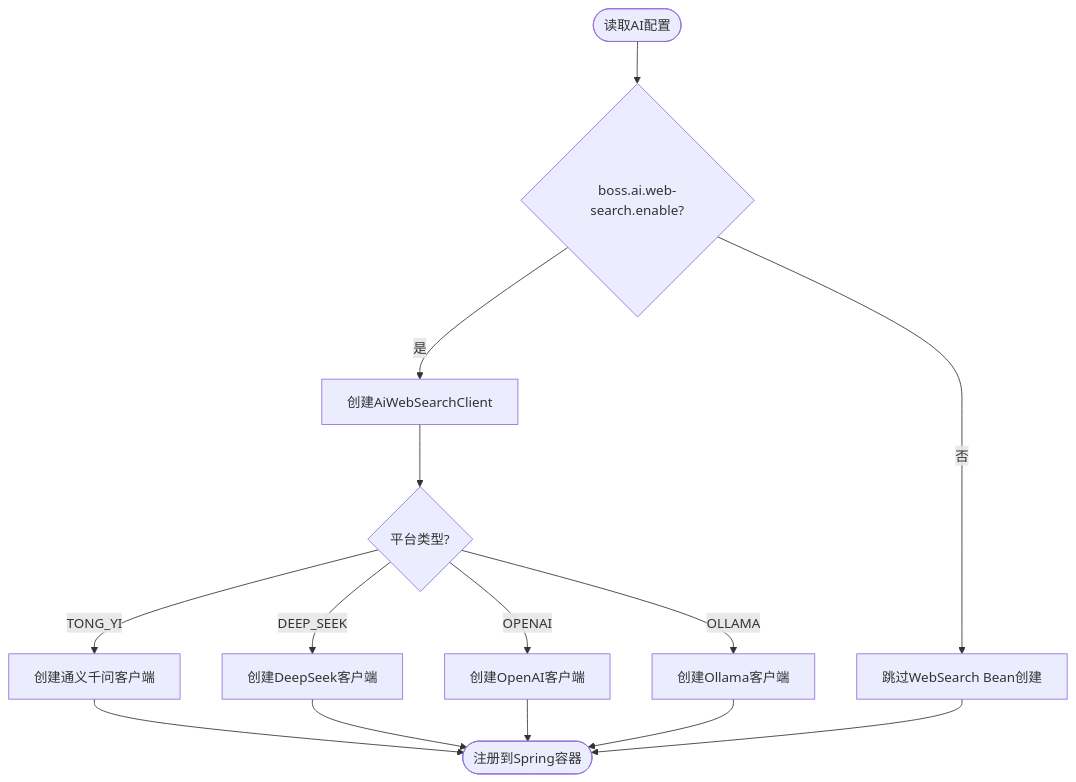
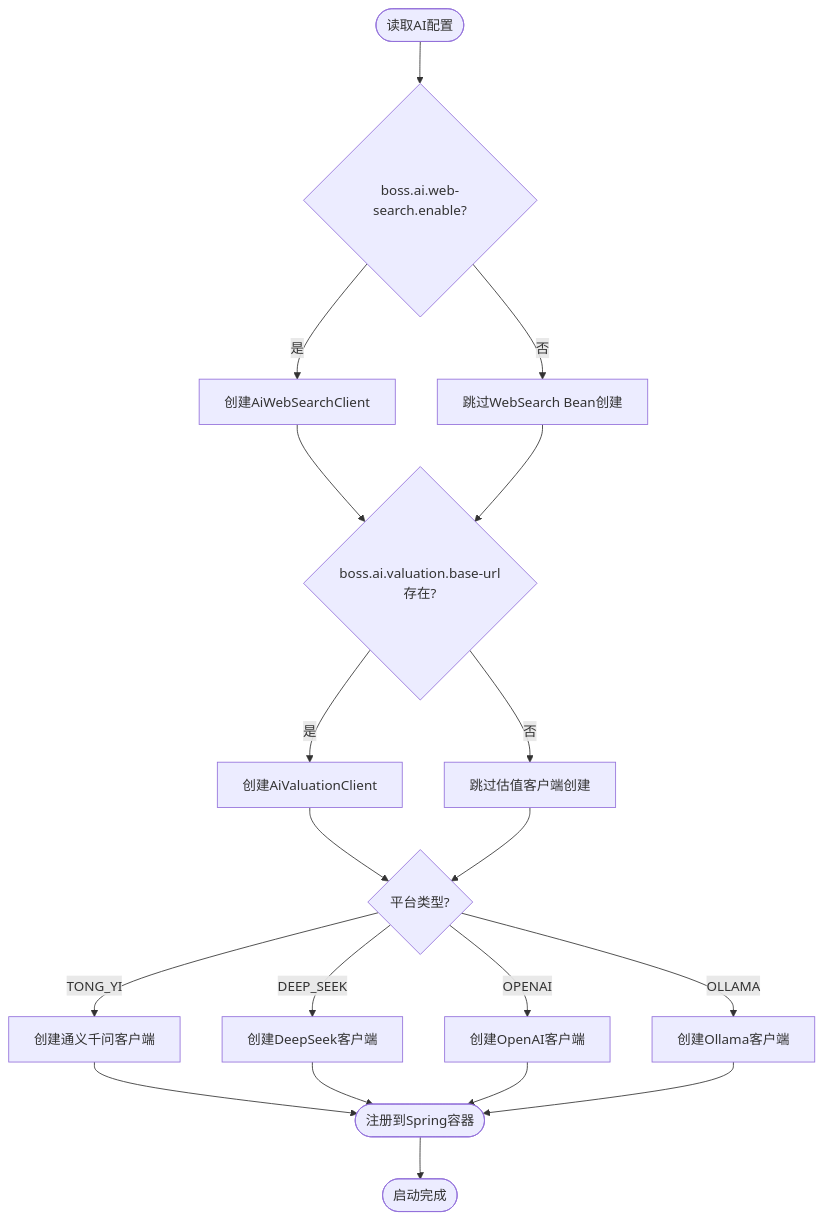
One commit to X555LB/data-ai changed the sixth of 7 diagrams in .qoder/repowiki/zh/content/配置指南.md. Above: the diagram before and after it, drawn with Mermaid. The commit also changed other lines of this file and 11 other files, not shown here.

````diff
--- a/.qoder/repowiki/zh/content/配置指南.md
+++ b/.qoder/repowiki/zh/content/配置指南.md
@@ -322,16 +369,21 @@
 ```mermaid
 flowchart TD
 Start(["读取AI配置"]) --> CheckWebSearch{"boss.ai.web-search.enable?"}
-CheckWebSearch --> |否| Skip["跳过WebSearch Bean创建"]
+CheckWebSearch --> |否| SkipWeb["跳过WebSearch Bean创建"]
 CheckWebSearch --> |是| BuildWeb["创建AiWebSearchClient"]
-BuildWeb --> CheckPlatform{"平台类型?"}
+BuildWeb --> CheckValuation{"boss.ai.valuation.base-url存在?"}
+CheckValuation --> |否| SkipValuation["跳过估值客户端创建"]
+CheckValuation --> |是| BuildValuation["创建AiValuationClient"]
+BuildValuation --> CheckPlatform{"平台类型?"}
 CheckPlatform --> |TONG_YI| BuildTY["创建通义千问客户端"]
 CheckPlatform --> |DEEP_SEEK| BuildDS["创建DeepSeek客户端"]
 CheckPlatform --> |OPENAI| BuildOA["创建OpenAI客户端"]
 CheckPlatform --> |OLLAMA| BuildOL["创建Ollama客户端"]
 BuildTY --> Done(["注册到Spring容器"])
 BuildDS --> Done
 BuildOA --> Done
 BuildOL --> Done
-Skip --> Done
+SkipWeb --> CheckValuation
+SkipValuation --> CheckPlatform
+Done --> End(["启动完成"])
 ```
````
